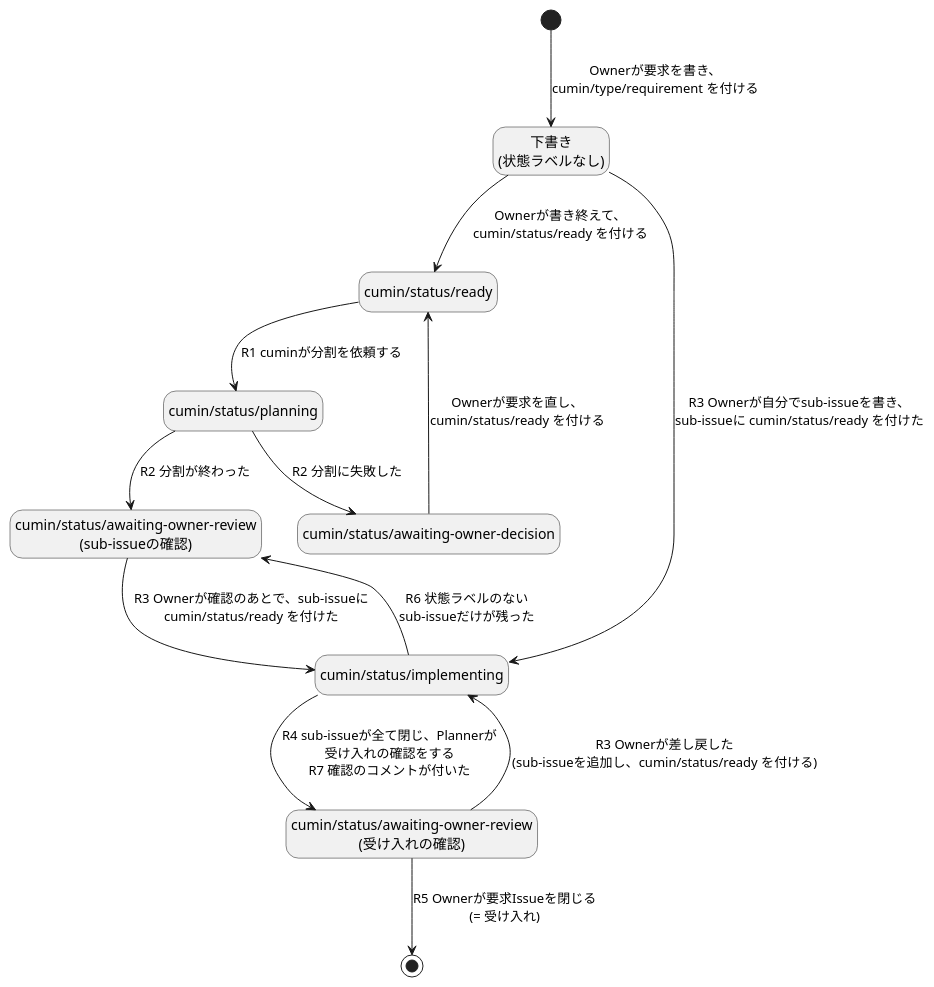
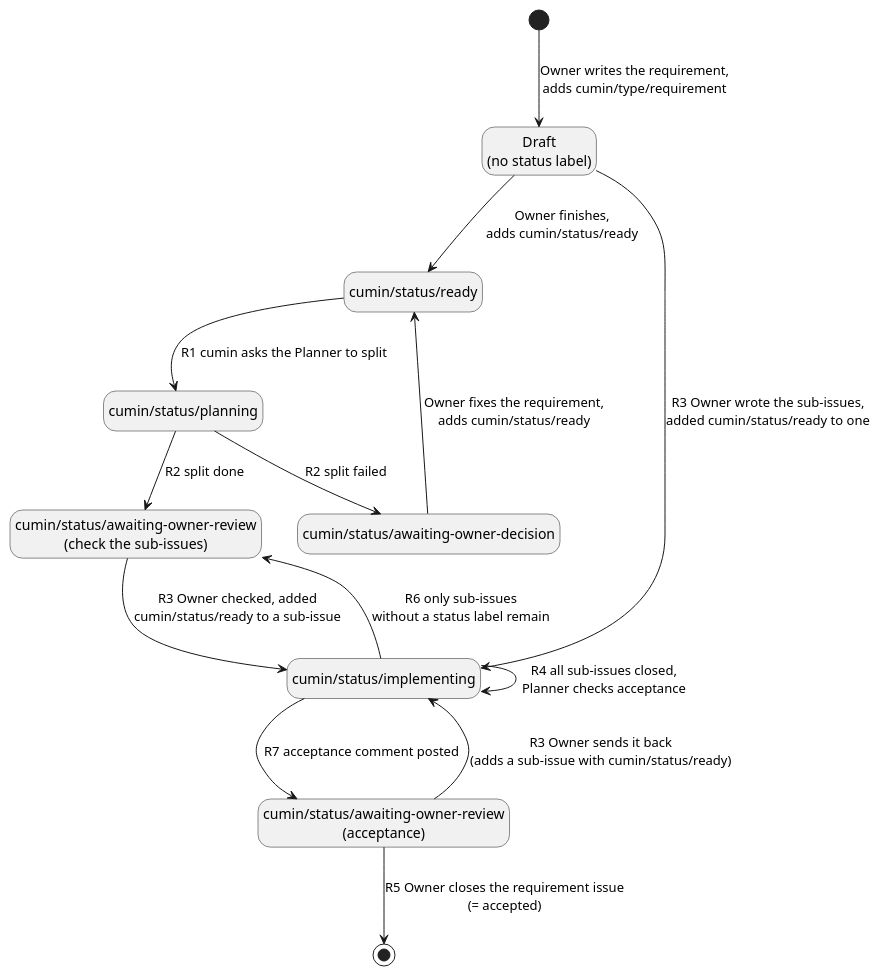
The diagram in docs/ja/requirements/workflow/requirement-issue-states.puml (cloveclovedev/cumin-works), drawn with PlantUML before and after one commit. The commit also changed 19 other files, not shown here.

First line of the commit message:
docs(diagrams): write the labels of every diagram in English and give each row its own arrow (#216)

```diff
--- a/docs/ja/requirements/workflow/requirement-issue-states.puml
+++ b/docs/ja/requirements/workflow/requirement-issue-states.puml
@@ -1,29 +1,30 @@
 @startuml requirement-issue-states
-' cumin works v2 - 要求Issueの状態遷移
-' 状態はGitHubのラベルで表す。遷移の番号 (R1など) は issue-states.md の表に対応する。
-' SVGの書き出し: リポジトリの直下で scripts/render-diagrams.sh を実行する。
+' cumin works - states of a requirement issue.
+' A state is a label on GitHub. Each arrow names one row of issue-states.md (R1 to R7).
+' Render: run scripts/render-diagrams.sh at the root of the repository.
 
 hide empty description
 
-state "下書き\n(状態ラベルなし)" as Draft
+state "Draft\n(no status label)" as Draft
 state "cumin/status/ready" as Ready
 state "cumin/status/planning" as Planning
-state "cumin/status/awaiting-owner-review\n(sub-issueの確認)" as PlanReview
+state "cumin/status/awaiting-owner-review\n(check the sub-issues)" as PlanReview
 state "cumin/status/implementing" as Implementing
-state "cumin/status/awaiting-owner-review\n(受け入れの確認)" as Acceptance
+state "cumin/status/awaiting-owner-review\n(acceptance)" as Acceptance
 state "cumin/status/awaiting-owner-decision" as Decision
 
-[*] --> Draft : Ownerが要求を書き、\ncumin/type/requirement を付ける
-Draft --> Ready : Ownerが書き終えて、\ncumin/status/ready を付ける
-Draft --> Implementing : R3 Ownerが自分でsub-issueを書き、\nsub-issueに cumin/status/ready を付けた
-Planning --> PlanReview : R2 分割が終わった
-Planning --> Decision : R2 分割に失敗した
-Decision --> Ready : Ownerが要求を直し、\ncumin/status/ready を付ける
-Ready --> Planning : R1 cuminが分割を依頼する
-PlanReview --> Implementing : R3 Ownerが確認のあとで、sub-issueに\ncumin/status/ready を付けた
-Implementing --> Acceptance : R4 sub-issueが全て閉じ、Plannerが\n受け入れの確認をする\nR7 確認のコメントが付いた
-Implementing --> PlanReview : R6 状態ラベルのない\nsub-issueだけが残った
-Acceptance --> Implementing : R3 Ownerが差し戻した\n(sub-issueを追加し、cumin/status/ready を付ける)
-Acceptance --> [*] : R5 Ownerが要求Issueを閉じる\n(= 受け入れ)
+[*] --> Draft : Owner writes the requirement,\nadds cumin/type/requirement
+Draft --> Ready : Owner finishes,\nadds cumin/status/ready
+Draft --> Implementing : R3 Owner wrote the sub-issues,\nadded cumin/status/ready to one
+Ready --> Planning : R1 cumin asks the Planner to split
+Planning --> PlanReview : R2 split done
+Planning --> Decision : R2 split failed
+Decision --> Ready : Owner fixes the requirement,\nadds cumin/status/ready
+PlanReview --> Implementing : R3 Owner checked, added\ncumin/status/ready to a sub-issue
+Implementing --> Implementing : R4 all sub-issues closed,\nPlanner checks acceptance
+Implementing --> Acceptance : R7 acceptance comment posted
+Implementing --> PlanReview : R6 only sub-issues\nwithout a status label remain
+Acceptance --> Implementing : R3 Owner sends it back\n(adds a sub-issue with cumin/status/ready)
+Acceptance --> [*] : R5 Owner closes the requirement issue\n(= accepted)
 
 @enduml
```
